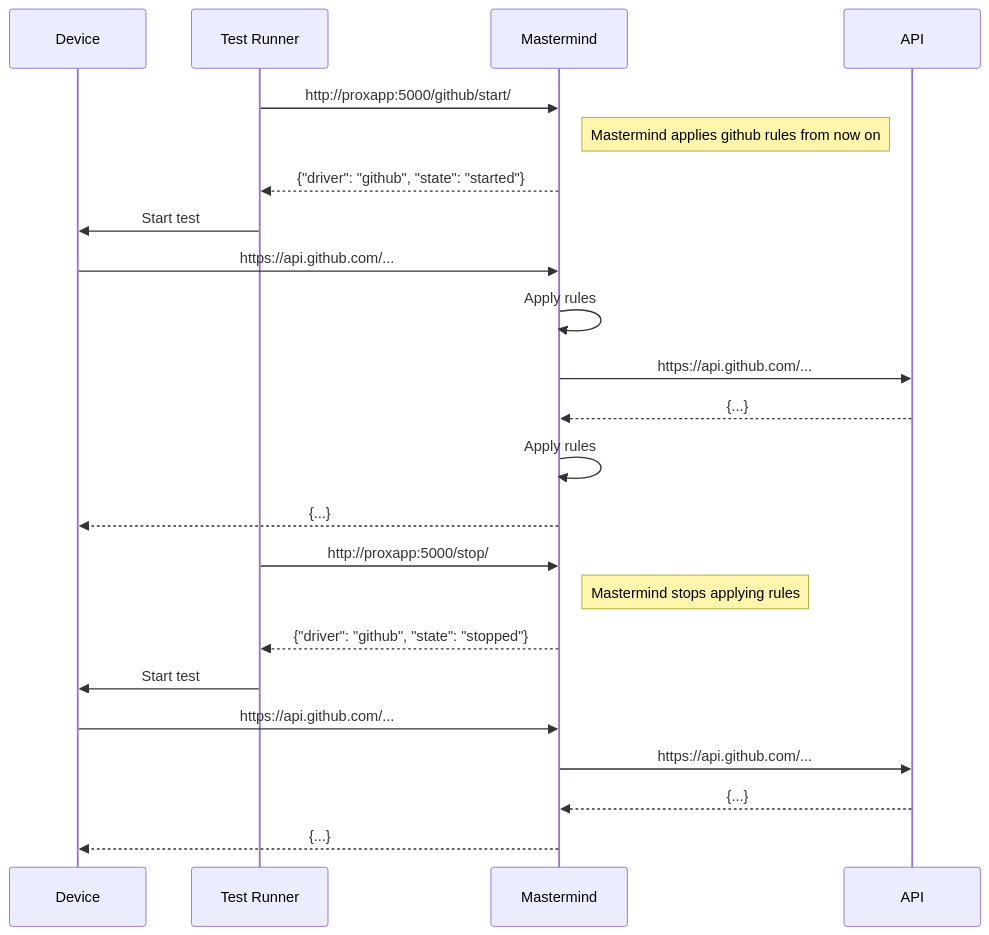
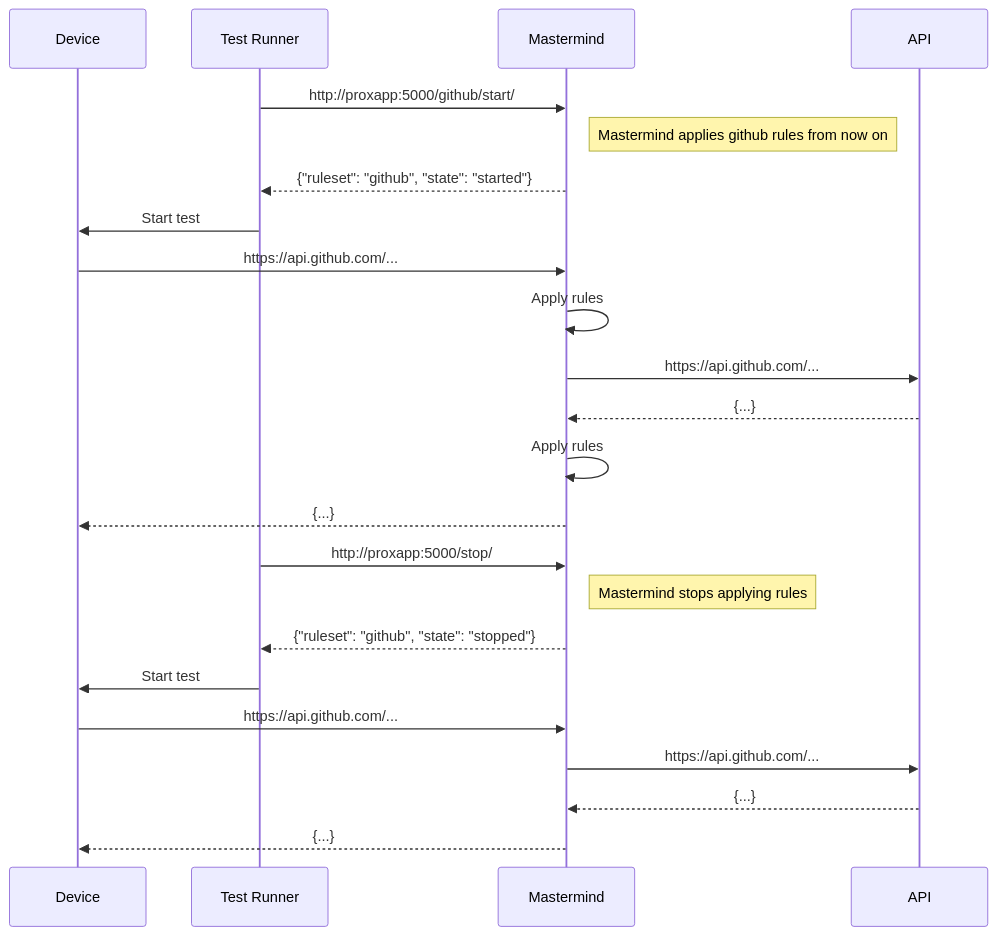
Before and after one commit to ustwo/mastermind: the diagram in docs/schematics/driver-stateful.mmd, drawn with Mermaid. The commit also changed 5 other files, not shown here.

Commit message:
Fix #16. Ruleset vs Driver clarification

```diff
--- a/docs/schematics/driver-stateful.mmd
+++ b/docs/schematics/driver-stateful.mmd
@@ -1,24 +1,24 @@
 sequenceDiagram
   participant Device
   participant Test Runner
   participant Mastermind
   participant API
 
   Test Runner->>Mastermind: http://proxapp:5000/github/start/
   Note right of Mastermind: Mastermind applies github rules from now on
-  Mastermind-->>Test Runner: {"driver": "github", "state": "started"}
+  Mastermind-->>Test Runner: {"ruleset": "github", "state": "started"}
   Test Runner->>Device: Start test
   Device->>Mastermind: https://api.github.com/...
   Mastermind->>Mastermind: Apply rules
   Mastermind->>API: https://api.github.com/...
   API-->>Mastermind: {...}
   Mastermind->>Mastermind: Apply rules
   Mastermind-->>Device: {...}
   Test Runner->>Mastermind: http://proxapp:5000/stop/
   Note right of Mastermind: Mastermind stops applying rules
-  Mastermind-->>Test Runner: {"driver": "github", "state": "stopped"}
+  Mastermind-->>Test Runner: {"ruleset": "github", "state": "stopped"}
   Test Runner->>Device: Start test
   Device->>Mastermind: https://api.github.com/...
   Mastermind->>API: https://api.github.com/...
   API-->>Mastermind: {...}
   Mastermind-->>Device: {...}
```
